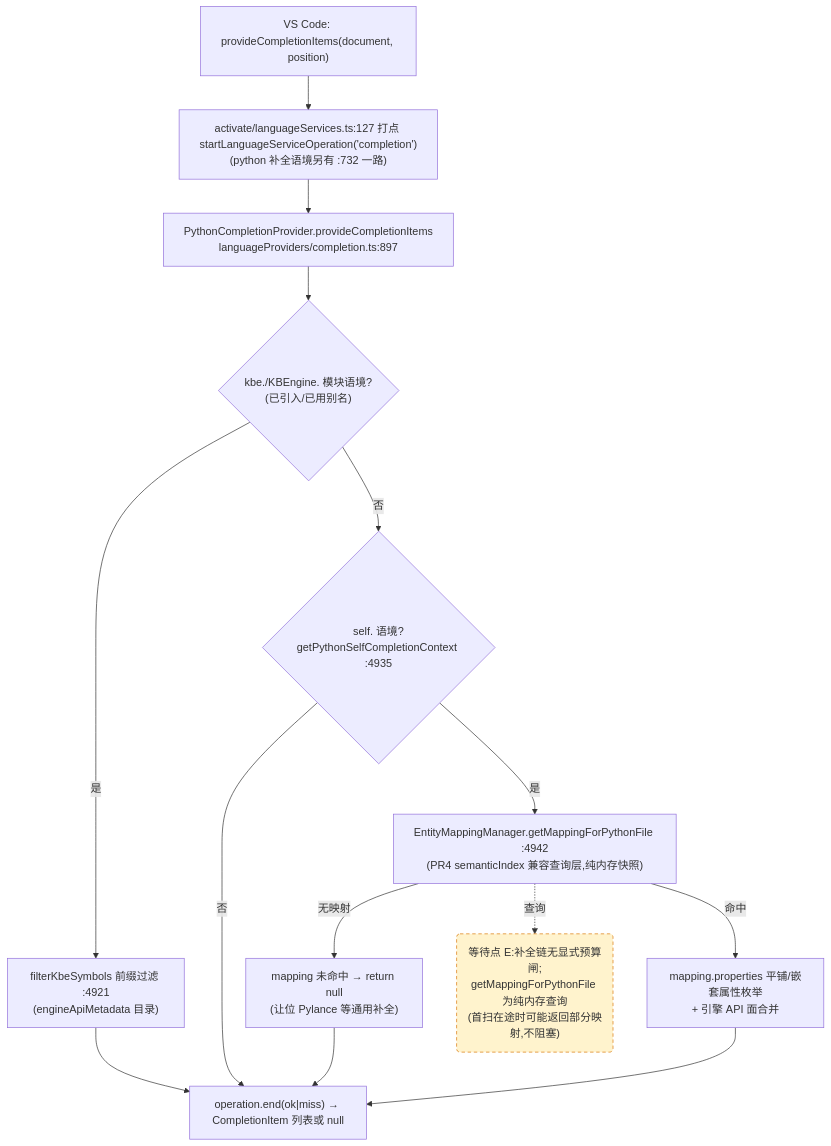
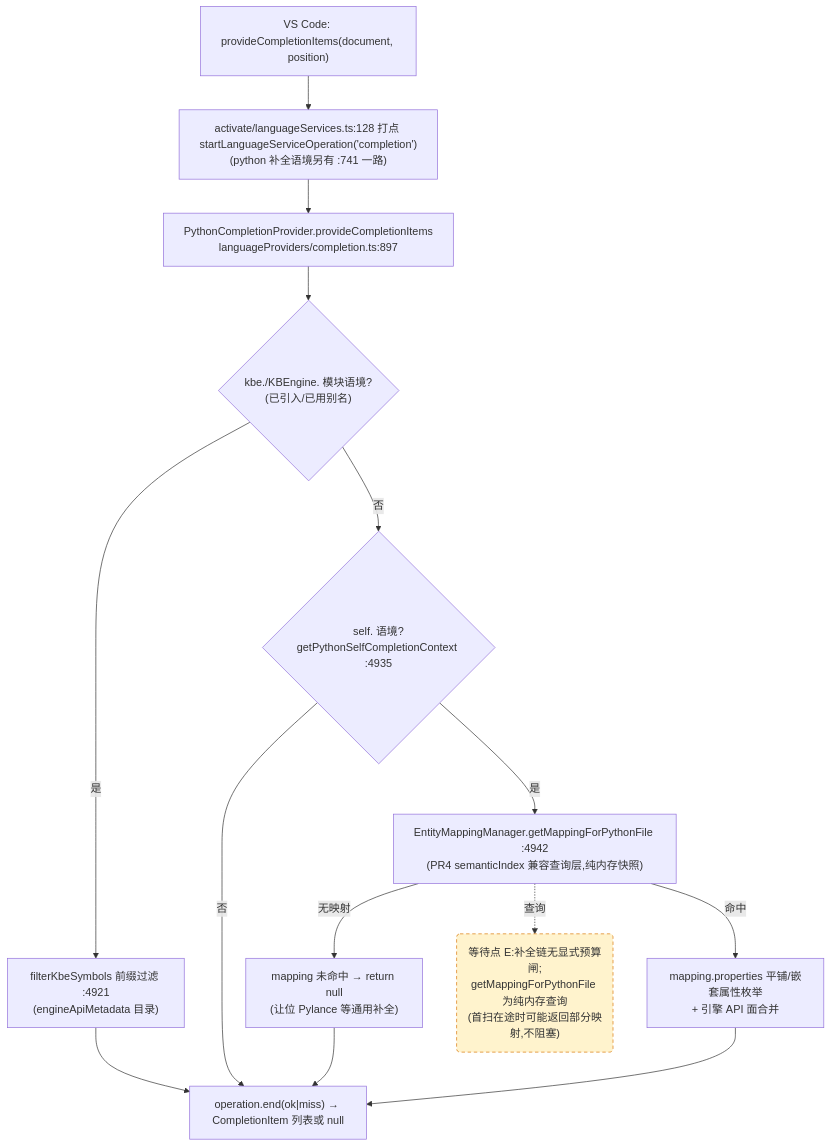
The third of 4 diagrams in docs/perf/2026-baseline.md (cuihairu/kode), drawn with Mermaid before and after one commit. The commit also changed other lines of this file and 11 other files, not shown here.

````diff
--- a/docs/perf/2026-baseline.md
+++ b/docs/perf/2026-baseline.md
@@ -190,27 +190,27 @@
 ```mermaid
 flowchart TD
   VC3["VS Code: provideCompletionItems(document, position)"]
-  M3["activate/languageServices.ts:127 打点 startLanguageServiceOperation('completion')<br/>(python 补全语境另有 :732 一路)"]
+  M3["activate/languageServices.ts:128 打点 startLanguageServiceOperation('completion')<br/>(python 补全语境另有 :741 一路)"]
   CP["PythonCompletionProvider.provideCompletionItems<br/>languageProviders/completion.ts:897"]
   KBEC{"kbe./KBEngine. 模块语境?<br/>(已引入/已用别名)"}
   FILTER["filterKbeSymbols 前缀过滤 :4921<br/>(engineApiMetadata 目录)"]
   SELFC{"self. 语境?<br/>getPythonSelfCompletionContext :4935"}
   MAP["EntityMappingManager.getMappingForPythonFile :4942<br/>(PR4 semanticIndex 兼容查询层,纯内存快照)"]
   NOMAP["mapping 未命中 → return null<br/>(让位 Pylance 等通用补全)"]
   PROPS["mapping.properties 平铺/嵌套属性枚举<br/>+ 引擎 API 面合并"]
   END3["operation.end(ok|miss) → CompletionItem 列表或 null"]
 
   VC3 --> M3 --> CP --> KBEC
   KBEC -- "是" --> FILTER --> END3
   KBEC -- "否" --> SELFC
   SELFC -- "否" --> END3
   SELFC -- "是" --> MAP
   MAP -- "无映射" --> NOMAP --> END3
   MAP -- "命中" --> PROPS --> END3
 
   WAITE("等待点 E:补全链无显式预算闸;<br/>getMappingForPythonFile 为纯内存查询<br/>(首扫在途时可能返回部分映射,不阻塞)")
   MAP -.->|查询| WAITE
 
   classDef waitPoint fill:#fff3cd,stroke:#d97706,stroke-dasharray:5 4;
   class WAITE waitPoint;
 ```
````
